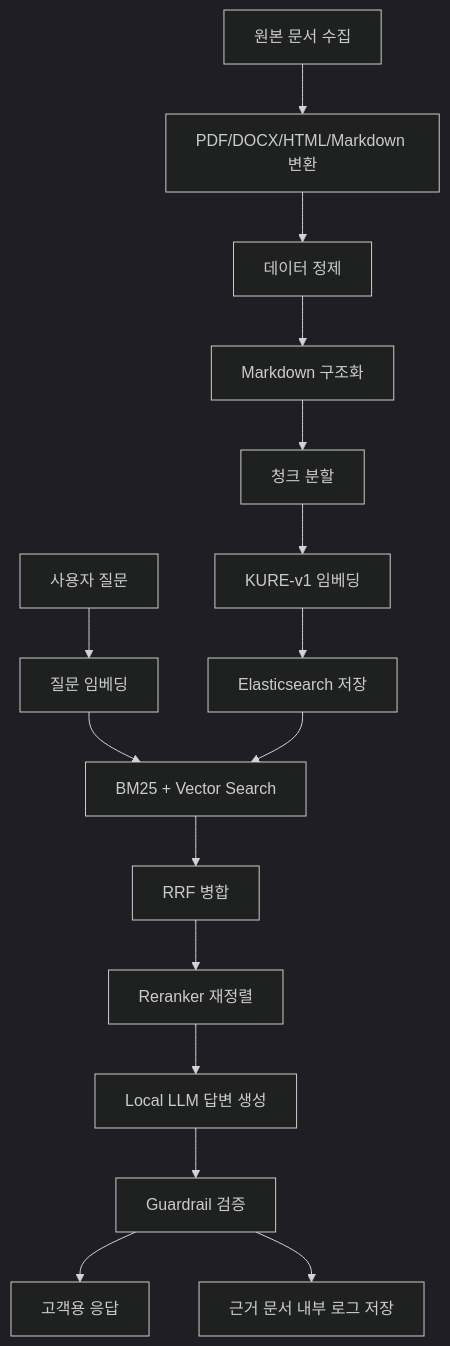
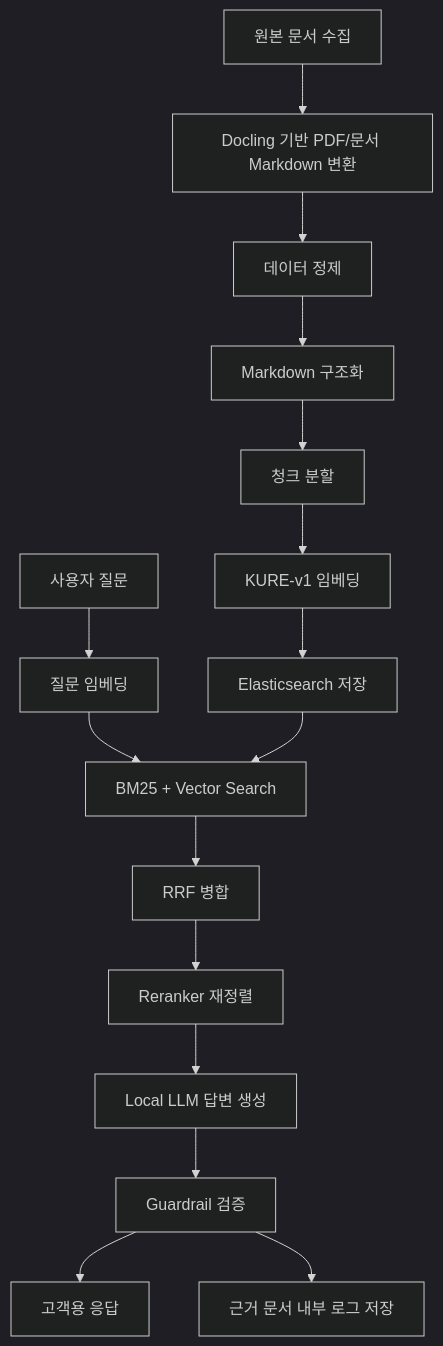
The second of 2 diagrams in README.md (BNK-InsightLab-RCB/BNK_Bot), drawn with Mermaid (dark theme) before and after one commit. The commit also changed other lines of this file and 2 other files, not shown here.

Commit message:
기능: PDF Markdown 변환기를 Docling으로 교체

````diff
--- a/README.md
+++ b/README.md
@@ -64,18 +64,18 @@
 ```mermaid
 flowchart TD
-    A["원본 문서 수집"] --> B["PDF/DOCX/HTML/Markdown 변환"]
+    A["원본 문서 수집"] --> B["Docling 기반 PDF/문서 Markdown 변환"]
     B --> C["데이터 정제"]
     C --> D["Markdown 구조화"]
     D --> E["청크 분할"]
     E --> F["KURE-v1 임베딩"]
     F --> G["Elasticsearch 저장"]
     H["사용자 질문"] --> I["질문 임베딩"]
     I --> J["BM25 + Vector Search"]
     G --> J
     J --> K["RRF 병합"]
     K --> L["Reranker 재정렬"]
     L --> M["Local LLM 답변 생성"]
     M --> N["Guardrail 검증"]
     N --> O["고객용 응답"]
     N --> P["근거 문서 내부 로그 저장"]
 ```
````
